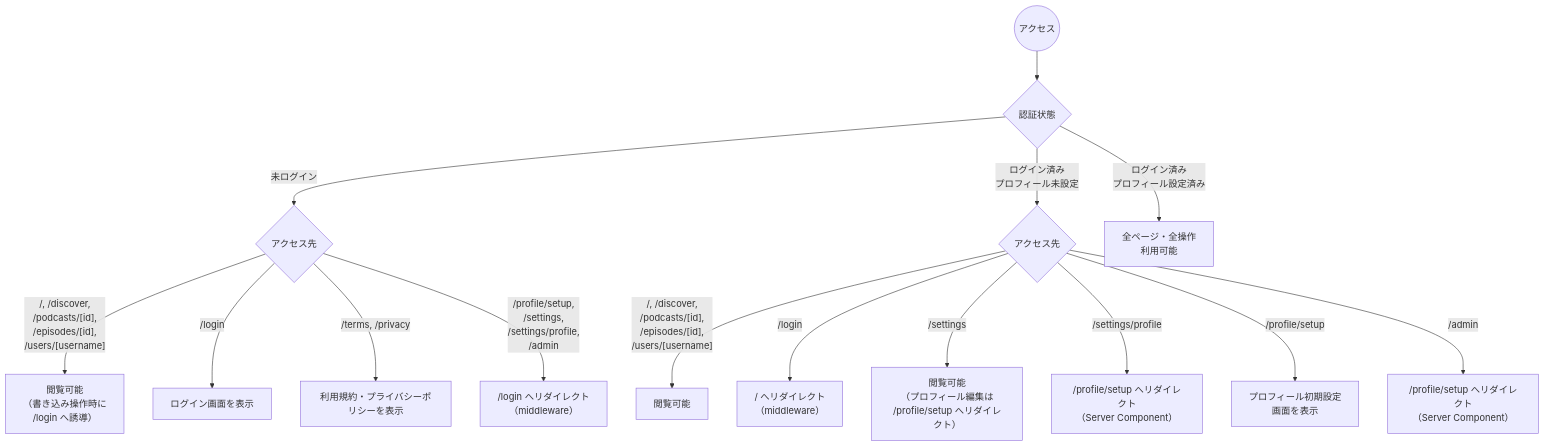
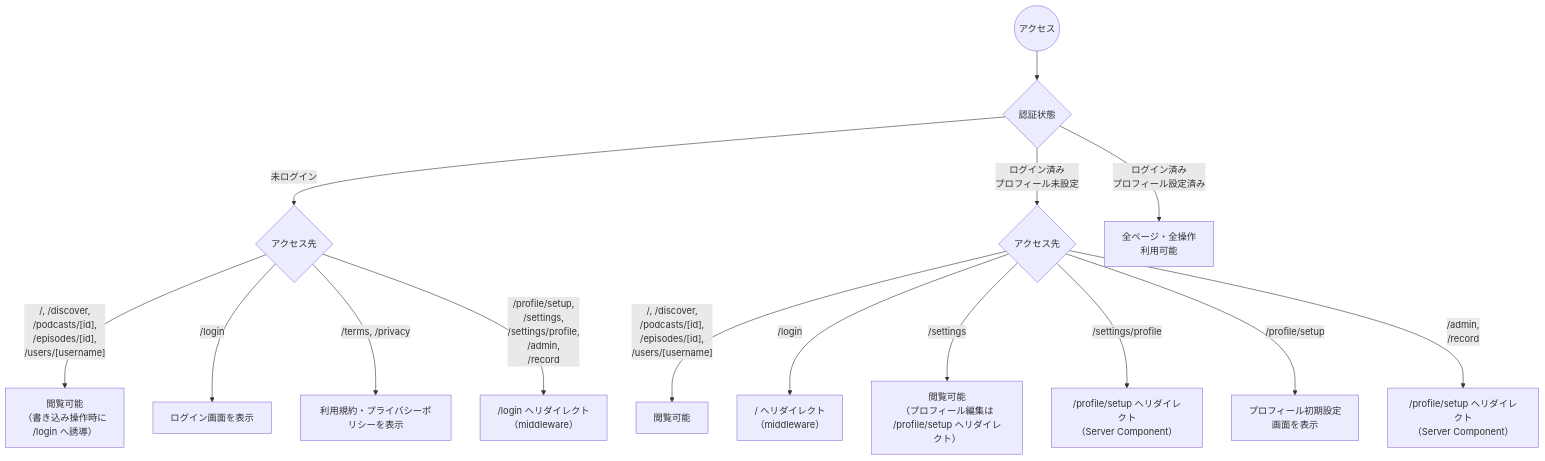
One commit to Koseeee-27/podlog changed the second of 3 diagrams in frontend/docs/screens.md. Above: the diagram before and after it, drawn with Mermaid. The commit also changed other lines of this file, not shown here.

First line of the commit message:
docs: screens.md の遷移図と SP ナビ ルールに /record を反映

````diff
--- a/frontend/docs/screens.md
+++ b/frontend/docs/screens.md
@@ -169,22 +176,22 @@
 ```mermaid
 flowchart TD
     START((アクセス)) --> CHECK{認証状態}
 
     CHECK -- "未ログイン" --> PUBLIC_CHECK{アクセス先}
     CHECK -- "ログイン済み<br>プロフィール未設定" --> NOPROFILE_CHECK{アクセス先}
     CHECK -- "ログイン済み<br>プロフィール設定済み" --> FULL_ACCESS["全ページ・全操作<br>利用可能"]
 
     %% 未ログイン
     PUBLIC_CHECK -- "/, /discover,<br>/podcasts/[id],<br>/episodes/[id],<br>/users/[username]" --> VIEW_ONLY["閲覧可能<br>（書き込み操作時に<br>/login へ誘導）"]
     PUBLIC_CHECK -- "/login" --> LOGIN_PAGE["ログイン画面を表示"]
     PUBLIC_CHECK -- "/terms, /privacy" --> LEGAL_PAGE["利用規約・プライバシーポリシーを表示"]
-    PUBLIC_CHECK -- "/profile/setup,<br>/settings,<br>/settings/profile,<br>/admin" --> REDIRECT_LOGIN["/login へリダイレクト<br>（middleware）"]
+    PUBLIC_CHECK -- "/profile/setup,<br>/settings,<br>/settings/profile,<br>/admin,<br>/record" --> REDIRECT_LOGIN["/login へリダイレクト<br>（middleware）"]
 
     %% ログイン済み・プロフィール未設定
     NOPROFILE_CHECK -- "/, /discover,<br>/podcasts/[id],<br>/episodes/[id],<br>/users/[username]" --> VIEW_OK["閲覧可能"]
     NOPROFILE_CHECK -- "/login" --> REDIRECT_HOME_MW["/ へリダイレクト<br>（middleware）"]
     NOPROFILE_CHECK -- "/settings" --> VIEW_SETTINGS["閲覧可能<br>（プロフィール編集は<br>/profile/setup へリダイレクト）"]
     NOPROFILE_CHECK -- "/settings/profile" --> REDIRECT_SETUP_CLIENT["/profile/setup へリダイレクト<br>（Server Component）"]
     NOPROFILE_CHECK -- "/profile/setup" --> SETUP_PAGE["プロフィール初期設定<br>画面を表示"]
-    NOPROFILE_CHECK -- "/admin" --> REDIRECT_SETUP_ADMIN["/profile/setup へリダイレクト<br>（Server Component）"]
+    NOPROFILE_CHECK -- "/admin,<br>/record" --> REDIRECT_SETUP_ADMIN["/profile/setup へリダイレクト<br>（Server Component）"]
 ```
````
